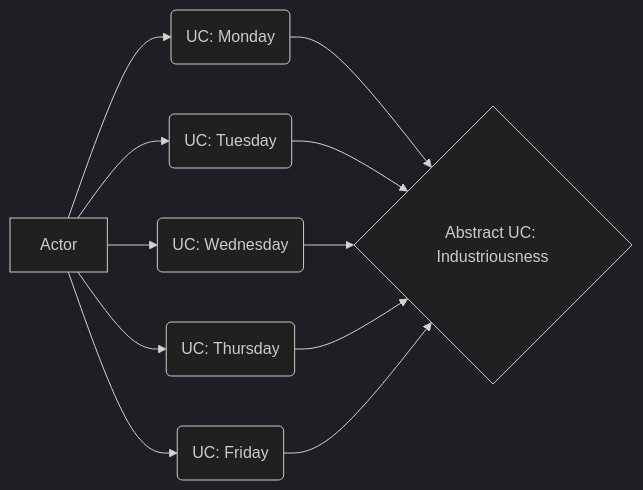
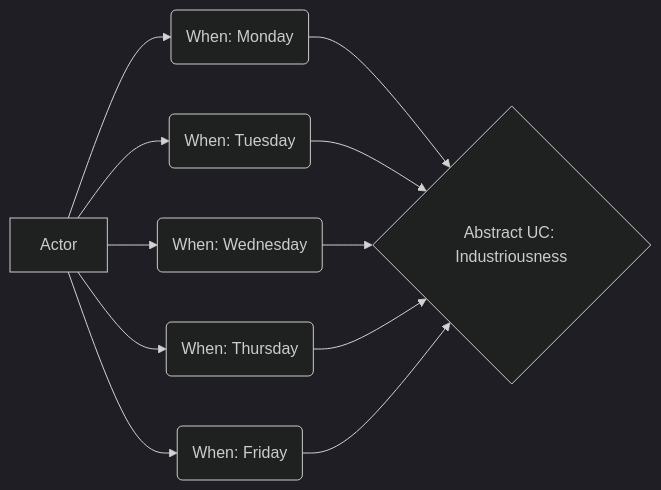
One commit to vanHeemstraSystems/industriousness changed the first of 2 diagrams in 300/README.md. Above: the diagram before and after it, drawn with Mermaid (dark theme).

````diff
--- a/300/README.md
+++ b/300/README.md
@@ -5,13 +5,13 @@
 ```mermaid
 flowchart LR
-  A[Actor] --> B(UC: Monday)
-  A[Actor] --> C(UC: Tuesday)
-  A[Actor] --> D(UC: Wednesday)
-  A[Actor] --> E(UC: Thursday)
-  A[Actor] --> F(UC: Friday)
+  A[Actor] --> B(When: Monday)
+  A[Actor] --> C(When: Tuesday)
+  A[Actor] --> D(When: Wednesday)
+  A[Actor] --> E(When: Thursday)
+  A[Actor] --> F(When: Friday)
   B --> G{Abstract UC: Industriousness}
   C --> G{Abstract UC: Industriousness}
   D --> G{Abstract UC: Industriousness}
   E --> G{Abstract UC: Industriousness}
   F --> G{Abstract UC: Industriousness}
 ```
````
